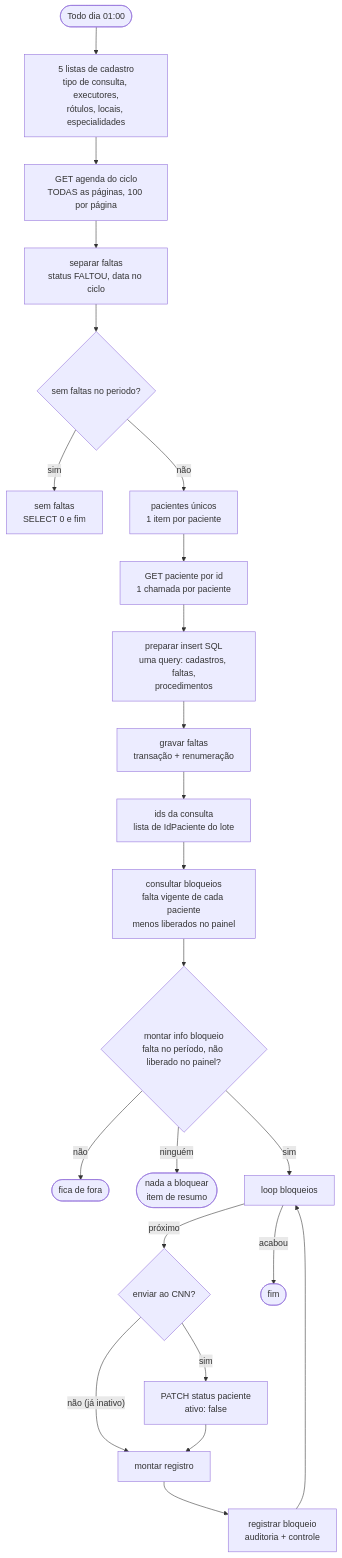
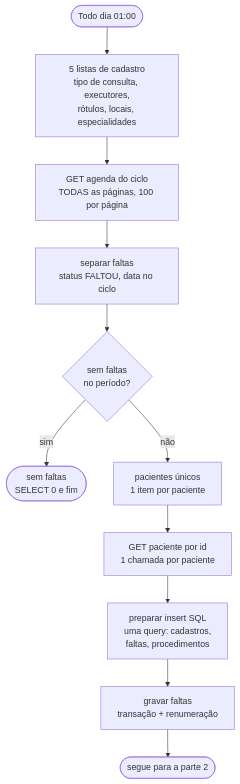
The second of 3 diagrams in docs/bloqueio.md (clariens/painel-integracao-desbloqueio-CNN-web), drawn with Mermaid before and after one commit. The commit also changed other lines of this file and 41 other files, not shown here.

````diff
--- a/docs/bloqueio.md
+++ b/docs/bloqueio.md
@@ -52,25 +56,13 @@
 ```mermaid
 flowchart TD
     T(["Todo dia 01:00"]) --> K["5 listas de cadastro<br/>tipo de consulta, executores,<br/>rótulos, locais, especialidades"]
     K --> A["GET agenda do ciclo<br/>TODAS as páginas, 100 por página"]
     A --> S["separar faltas<br/>status FALTOU, data no ciclo"]
-    S --> Q{"sem faltas no periodo?"}
-    Q -->|"sim"| Z["sem faltas<br/>SELECT 0 e fim"]
+    S --> Q{"sem faltas<br/>no período?"}
+    Q -->|"sim"| Z(["sem faltas<br/>SELECT 0 e fim"])
     Q -->|"não"| U["pacientes únicos<br/>1 item por paciente"]
     U --> P["GET paciente por id<br/>1 chamada por paciente"]
-    P --> I["preparar insert SQL<br/>uma query: cadastros, faltas,<br/>procedimentos"]
+    P --> I["preparar insert SQL<br/>uma query: cadastros,<br/>faltas, procedimentos"]
     I --> G["gravar faltas<br/>transação + renumeração"]
-    G --> D["ids da consulta<br/>lista de IdPaciente do lote"]
-    D --> C["consultar bloqueios<br/>falta vigente de cada paciente<br/>menos liberados no painel"]
-    C --> M{"montar info bloqueio<br/>falta no período, não liberado no painel?"}
-    M -->|"não"| X(["fica de fora"])
-    M -->|"ninguém"| N(["nada a bloquear<br/>item de resumo"])
-    M -->|"sim"| L["loop bloqueios"]
-    L -->|"próximo"| EC{"enviar ao CNN?"}
-    EC -->|"não (já inativo)"| RG
-    EC -->|"sim"| H["PATCH status paciente<br/>ativo: false"]
-    H --> RG["montar registro"]
-    RG --> RB["registrar bloqueio<br/>auditoria + controle"]
-    RB --> L
-    L -->|"acabou"| F(["fim"])
+    G --> D(["segue para a parte 2"])
 ```
````
